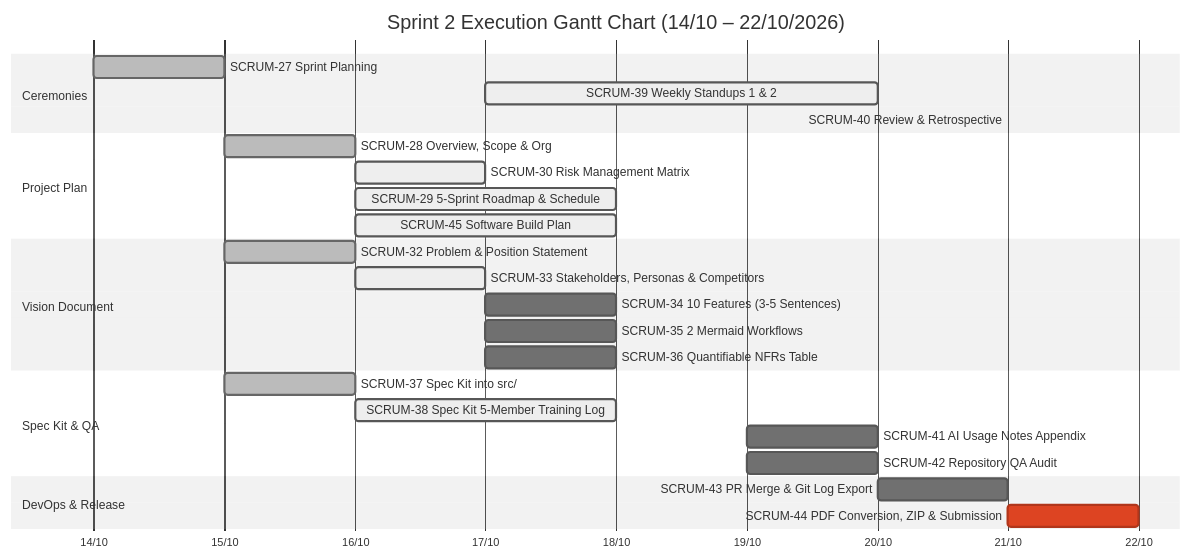
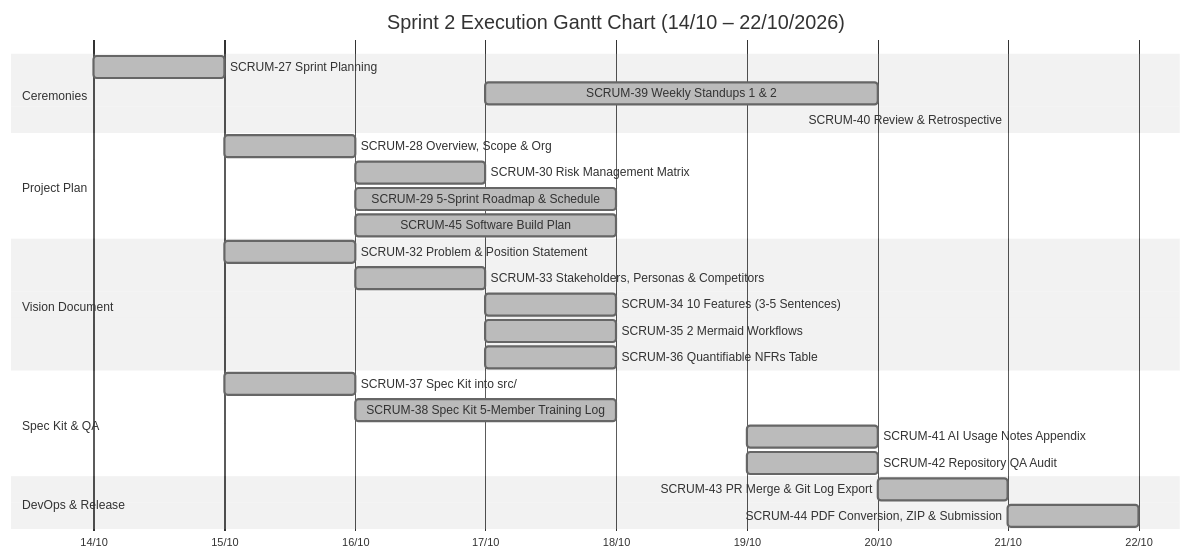
One commit to ThanhDu14/WikiCook changed the third of 6 diagrams in docs/management/project-plan.md. Above: the diagram before and after it, drawn with Mermaid (neutral theme). The commit also changed other lines of this file and 18 other files, not shown here.

````diff
--- a/docs/management/project-plan.md
+++ b/docs/management/project-plan.md
@@ -387,29 +388,29 @@
 ```mermaid
 gantt
     title Sprint 2 Execution Gantt Chart (14/10 – 22/10/2026)
     dateFormat YYYY-MM-DD
     axisFormat %d/%m
     section Ceremonies
     SCRUM-27 Sprint Planning                     :done,    t27, 2026-10-14, 2026-10-15
-    SCRUM-39 Weekly Standups 1 & 2               :active,  t39, 2026-10-17, 2026-10-20
-    SCRUM-40 Review & Retrospective              :         t40, 2026-10-21, 2026-10-21
+    SCRUM-39 Weekly Standups 1 & 2               :done,    t39, 2026-10-17, 2026-10-20
+    SCRUM-40 Review & Retrospective              :done,    t40, 2026-10-21, 2026-10-21
     section Project Plan
     SCRUM-28 Overview, Scope & Org               :done,    t28, 2026-10-15, 2026-10-16
-    SCRUM-30 Risk Management Matrix              :active,  t30, 2026-10-16, 2026-10-17
-    SCRUM-29 5-Sprint Roadmap & Schedule         :active,  t29, 2026-10-16, 2026-10-18
-    SCRUM-45 Software Build Plan                 :active,  t45, 2026-10-16, 2026-10-18
+    SCRUM-30 Risk Management Matrix              :done,    t30, 2026-10-16, 2026-10-17
+    SCRUM-29 5-Sprint Roadmap & Schedule         :done,    t29, 2026-10-16, 2026-10-18
+    SCRUM-45 Software Build Plan                 :done,    t45, 2026-10-16, 2026-10-18
     section Vision Document
     SCRUM-32 Problem & Position Statement        :done,    t32, 2026-10-15, 2026-10-16
-    SCRUM-33 Stakeholders, Personas & Competitors:active,  t33, 2026-10-16, 2026-10-17
-    SCRUM-34 10 Features (3-5 Sentences)        :         t34, 2026-10-17, 2026-10-18
-    SCRUM-35 2 Mermaid Workflows                 :         t35, 2026-10-17, 2026-10-18
-    SCRUM-36 Quantifiable NFRs Table             :         t36, 2026-10-17, 2026-10-18
+    SCRUM-33 Stakeholders, Personas & Competitors:done,    t33, 2026-10-16, 2026-10-17
+    SCRUM-34 10 Features (3-5 Sentences)        :done,    t34, 2026-10-17, 2026-10-18
+    SCRUM-35 2 Mermaid Workflows                 :done,    t35, 2026-10-17, 2026-10-18
+    SCRUM-36 Quantifiable NFRs Table             :done,    t36, 2026-10-17, 2026-10-18
     section Spec Kit & QA
     SCRUM-37 Spec Kit into src/                  :done,    t37, 2026-10-15, 2026-10-16
-    SCRUM-38 Spec Kit 5-Member Training Log      :active,  t38, 2026-10-16, 2026-10-18
-    SCRUM-41 AI Usage Notes Appendix             :         t41, 2026-10-19, 2026-10-20
-    SCRUM-42 Repository QA Audit                 :         t42, 2026-10-19, 2026-10-20
+    SCRUM-38 Spec Kit 5-Member Training Log      :done,    t38, 2026-10-16, 2026-10-18
+    SCRUM-41 AI Usage Notes Appendix             :done,    t41, 2026-10-19, 2026-10-20
+    SCRUM-42 Repository QA Audit                 :done,    t42, 2026-10-19, 2026-10-20
     section DevOps & Release
-    SCRUM-43 PR Merge & Git Log Export           :         t43, 2026-10-20, 2026-10-21
-    SCRUM-44 PDF Conversion, ZIP & Submission    :crit,    t44, 2026-10-21, 2026-10-22
+    SCRUM-43 PR Merge & Git Log Export           :done,    t43, 2026-10-20, 2026-10-21
+    SCRUM-44 PDF Conversion, ZIP & Submission    :done,    t44, 2026-10-21, 2026-10-22
 ```
````
